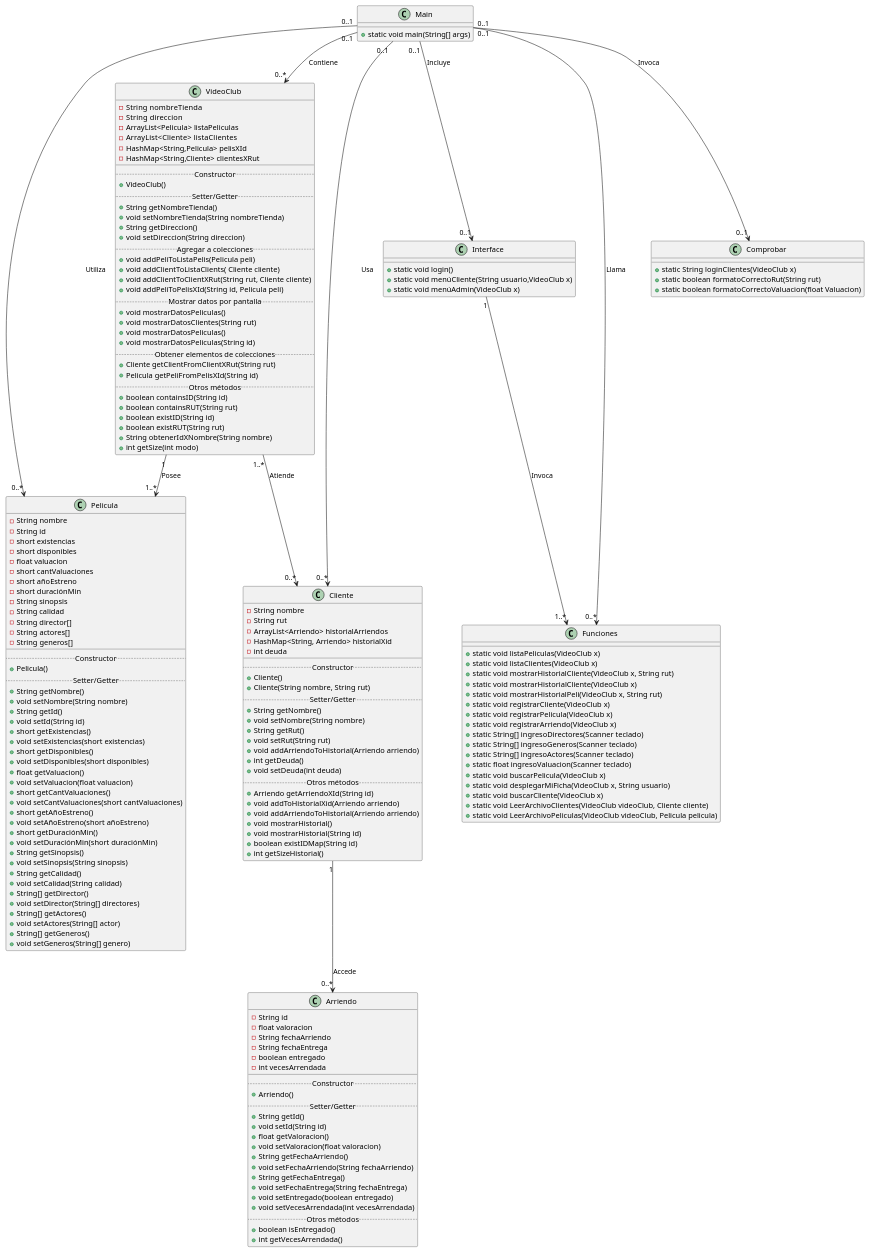
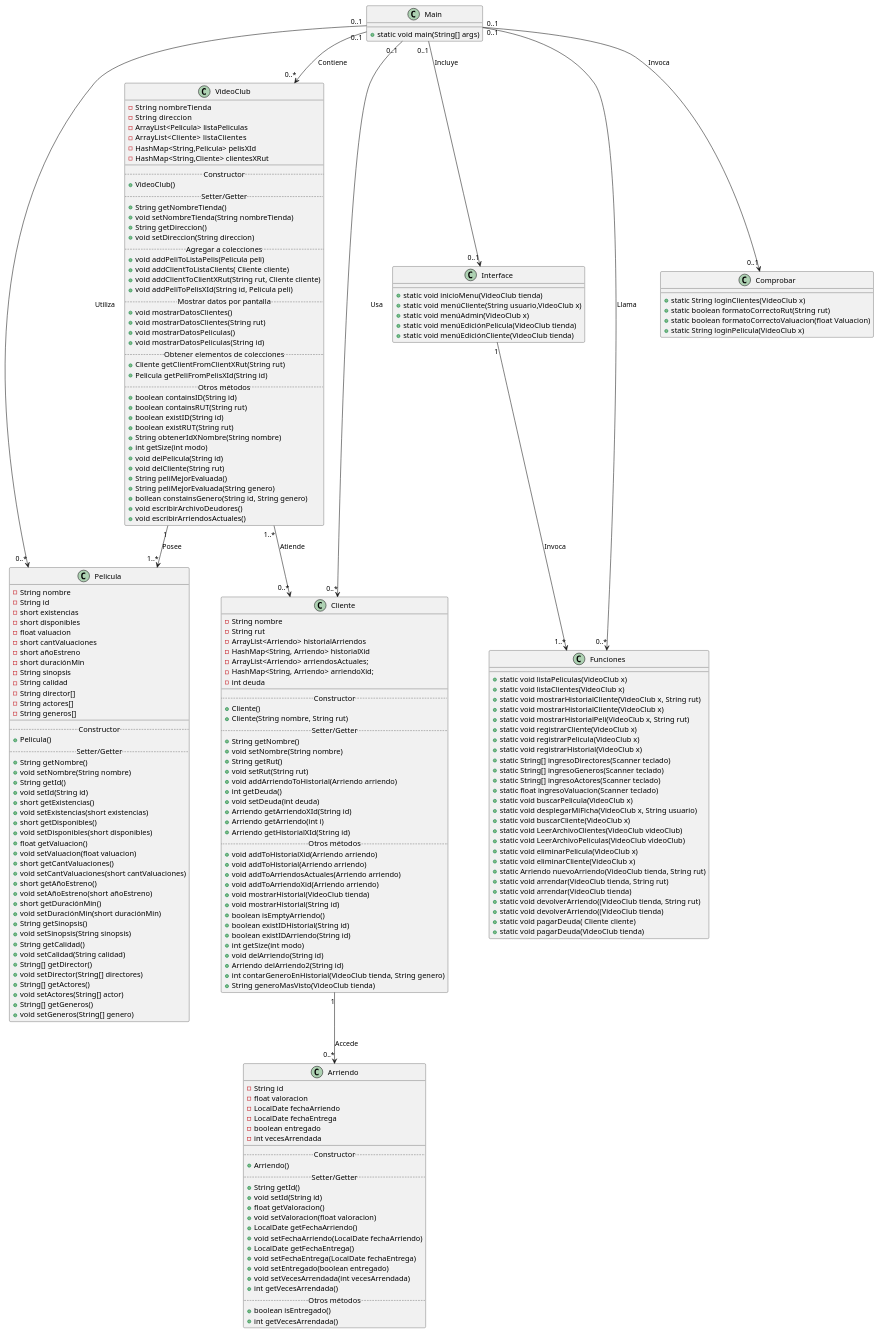
Before and after one commit to luis922/Proyecto-POO-2S-2021: the diagram in Videoclub/src/main/java/Test UML.puml, drawn with PlantUML. The commit also changed 5 other files, not shown here.

Commit message:
Se actualiza uml

```diff
--- a/Videoclub/src/main/java/Test UML.puml
+++ b/Videoclub/src/main/java/Test UML.puml
@@ -33,7 +33,7 @@
     +void addClientToClientXRut(String rut, Cliente cliente)
     +void addPeliToPelisXId(String id, Pelicula peli)
     .. Mostrar datos por pantalla..
-    +void mostrarDatosPeliculas()
+    +void mostrarDatosClientes()
     +void mostrarDatosClientes(String rut)
     +void mostrarDatosPeliculas()
     +void mostrarDatosPeliculas(String id)
@@ -47,6 +47,13 @@
     +boolean existRUT(String rut)
     +String obtenerIdXNombre(String nombre)
     +int getSize(int modo)
+    +void delPelicula(String id)
+    +void delCliente(String rut)
+    + String peliMejorEvaluada()
+    + String peliMejorEvaluada(String genero)
+    + bollean constainsGenero(String id, String genero)
+    + void escribirArchivoDeudores()
+    + void escribirArriendosActuales()
 }
 
 class Cliente{
@@ -54,6 +61,8 @@
     -String rut
     -ArrayList<Arriendo> historialArriendos
     -HashMap<String, Arriendo> historialXid
+    -ArrayList<Arriendo> arriendosActuales;
+    -HashMap<String, Arriendo> arriendoXid;
     -int deuda
     __
     ..Constructor..
@@ -67,14 +76,24 @@
     +void addArriendoToHistorial(Arriendo arriendo)
     +int getDeuda()
     +void setDeuda(int deuda)
+    + Arriendo getArriendoXId(String id)
+    + Arriendo getArriendo(int i)
+    + Arriendo getHistorialXId(String id)
     ..Otros métodos..
-    +Arriendo getArriendoXId(String id)
     +void addToHistorialXid(Arriendo arriendo)
-    +void addArriendoToHistorial(Arriendo arriendo)
-    +void mostrarHistorial()
+    +void addToHistorial(Arriendo arriendo)
+    +void addToArriendosActuales(Arriendo arriendo)
+    +void addToArriendoXid(Arriendo arriendo)
+    +void mostrarHistorial(VideoClub tienda)
     +void mostrarHistorial(String id)
-    +boolean existIDMap(String id)
-    +int getSizeHistorial()
+    +boolean isEmptyArriendo()
+    +boolean existIDHistorial(String id)
+    +boolean existIDArriendo(String id)
+    +int getSize(int modo)
+    +void delArriendo(String id)
+    +Arriendo delArriendo2(String id)
+    +int contarGeneroEnHistorial(VideoClub tienda, String genero)
+    +String generoMasVisto(VideoClub tienda)
 }
 
 class Pelicula{
@@ -126,10 +145,10 @@
 class Arriendo{
     -String id
     -float valoracion
-    -String fechaArriendo
-    -String fechaEntrega
+    -LocalDate fechaArriendo
+    -LocalDate fechaEntrega
     -boolean entregado
-    - int vecesArrendada
+    -int vecesArrendada
     __
     ..Constructor..
     +Arriendo()
@@ -138,12 +157,13 @@
     +void setId(String id)
     +float getValoracion()
     +void setValoracion(float valoracion)
-    +String getFechaArriendo()
-    +void setFechaArriendo(String fechaArriendo)
-    +String getFechaEntrega()
-    +void setFechaEntrega(String fechaEntrega)
+    +LocalDate getFechaArriendo()
+    +void setFechaArriendo(LocalDate fechaArriendo)
+    +LocalDate getFechaEntrega()
+    +void setFechaEntrega(LocalDate fechaEntrega)
     +void setEntregado(boolean entregado)
     +void setVecesArrendada(int vecesArrendada)
+    +int getVecesArrendada()
     ..Otros métodos..
     +boolean isEntregado()
     +int getVecesArrendada()
@@ -154,9 +174,11 @@
 }
 
 class Interface{
-    +static void login()
+    +static void inicioMenu(VideoClub tienda)
     +static void menúCliente(String usuario,VideoClub x)
     +static void menúAdmin(VideoClub x)
+    +static void menúEdiciónPelicula(VideoClub tienda)
+    +static void menúEdiciónCliente(VideoClub tienda)
 }
 
 class Funciones{
@@ -167,7 +189,7 @@
     + static void mostrarHistorialPeli(VideoClub x, String rut)
     + static void registrarCliente(VideoClub x)
     + static void registrarPelicula(VideoClub x)
-    + static void registrarArriendo(VideoClub x)
+    + static void registrarHistorial(VideoClub x)
     + static String[] ingresoDirectores(Scanner teclado)
     + static String[] ingresoGeneros(Scanner teclado)
     + static String[] ingresoActores(Scanner teclado)
@@ -175,8 +197,17 @@
     + static void buscarPelicula(VideoClub x)
     + static void desplegarMiFicha(VideoClub x, String usuario)
     + static void buscarCliente(VideoClub x)
-    + static void LeerArchivoClientes(VideoClub videoClub, Cliente cliente)
-    + static void LeerArchivoPeliculas(VideoClub videoClub, Pelicula pelicula)
+    + static void LeerArchivoClientes(VideoClub videoClub)
+    + static void LeerArchivoPeliculas(VideoClub videoClub)
+    + static void eliminarPelicula(VideoClub x)
+    + static void eliminarCliente(VideoClub x)
+    + static Arriendo nuevoArriendo(VideoClub tienda, String rut)
+    + static void arrendar(VideoClub tienda, String rut)
+    + static void arrendar(VideoClub tienda)
+    + static void devolverArriendo((VideoClub tienda, String rut)
+    + static void devolverArriendo((VideoClub tienda)
+    + static void pagarDeuda( Cliente cliente)
+    + static void pagarDeuda(VideoClub tienda)
 }
 
 class Comprobar{
@@ -184,6 +215,7 @@
     +static String loginClientes(VideoClub x)
     +static boolean formatoCorrectoRut(String rut)
     +static boolean formatoCorrectoValuacion(float Valuacion)
+    +static String loginPelicula(VideoClub x)
 
 }
 @enduml
```
